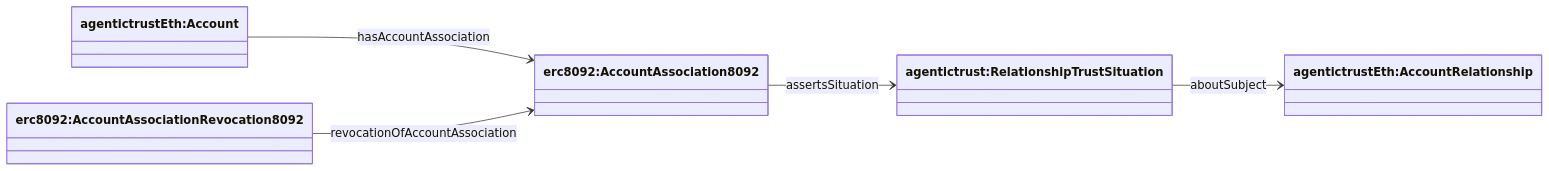
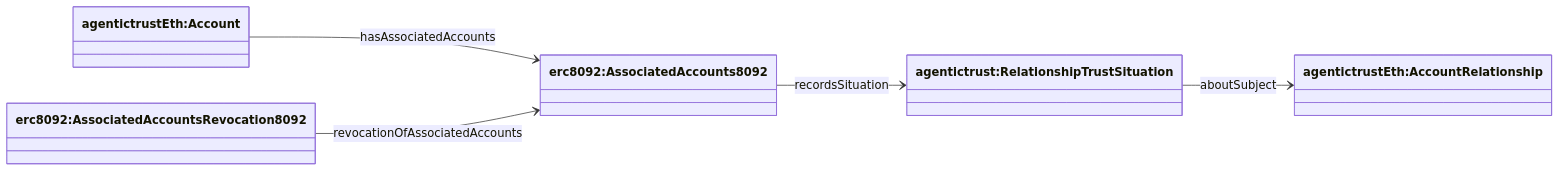
Before and after one commit to Agentic-Trust-Layer/agent-explorer: the sixth of 8 diagrams in docs/ontology/situation.md, drawn with Mermaid. The commit also changed other lines of this file and 12 other files, not shown here.

````diff
--- a/docs/ontology/situation.md
+++ b/docs/ontology/situation.md
@@ -186,16 +210,16 @@
 ```mermaid
 classDiagram
 direction LR
 
 class Account["agentictrustEth:Account"]
 class Relationship["agentictrustEth:AccountRelationship"]
-class AccountAssociation["erc8092:AccountAssociation8092"]
+class AssociatedAccounts["erc8092:AssociatedAccounts8092"]
 class RelationshipSituation["agentictrust:RelationshipTrustSituation"]
-class AccountAssociationRevocation["erc8092:AccountAssociationRevocation8092"]
+class AssociatedAccountsRevocation["erc8092:AssociatedAccountsRevocation8092"]
 
-Account --> AccountAssociation : hasAccountAssociation
-AccountAssociation --> RelationshipSituation : assertsSituation
+Account --> AssociatedAccounts : hasAssociatedAccounts
+AssociatedAccounts --> RelationshipSituation : recordsSituation
 RelationshipSituation --> Relationship : aboutSubject
 
-AccountAssociationRevocation --> AccountAssociation : revocationOfAccountAssociation
+AssociatedAccountsRevocation --> AssociatedAccounts : revocationOfAssociatedAccounts
 ```
````
